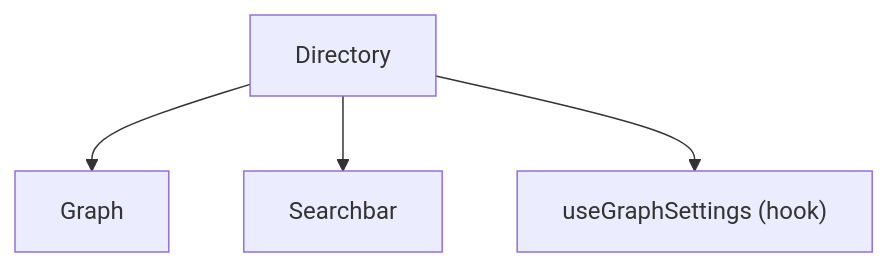
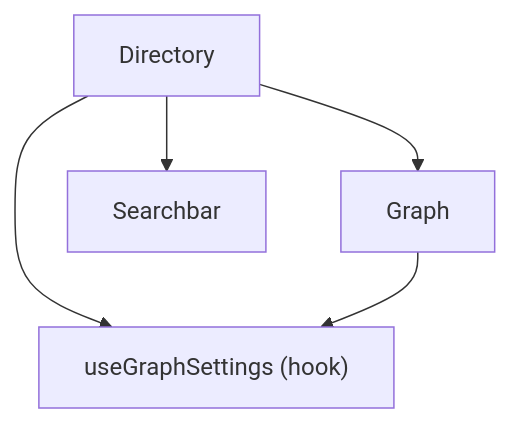
The sixth of 6 diagrams in dev/README.md (chrischow/rokr), drawn with Mermaid before and after one commit. The commit also changed other lines of this file, not shown here.

````diff
--- a/dev/README.md
+++ b/dev/README.md
@@ -252,7 +252,8 @@
 ```mermaid
 graph TD
   %%Directory
   Directory --> Graph
   Directory --> Searchbar
   Directory --> UGS["useGraphSettings (hook)"]
+  Graph --> UGS
 ```
````
